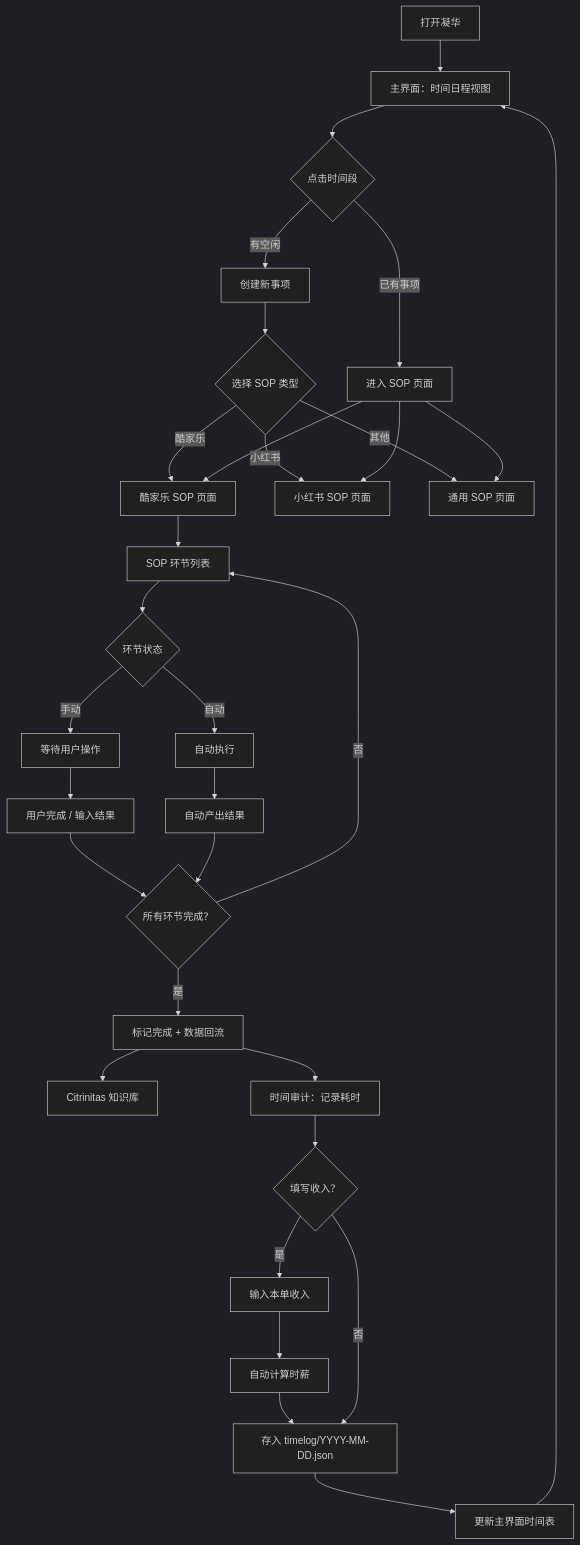
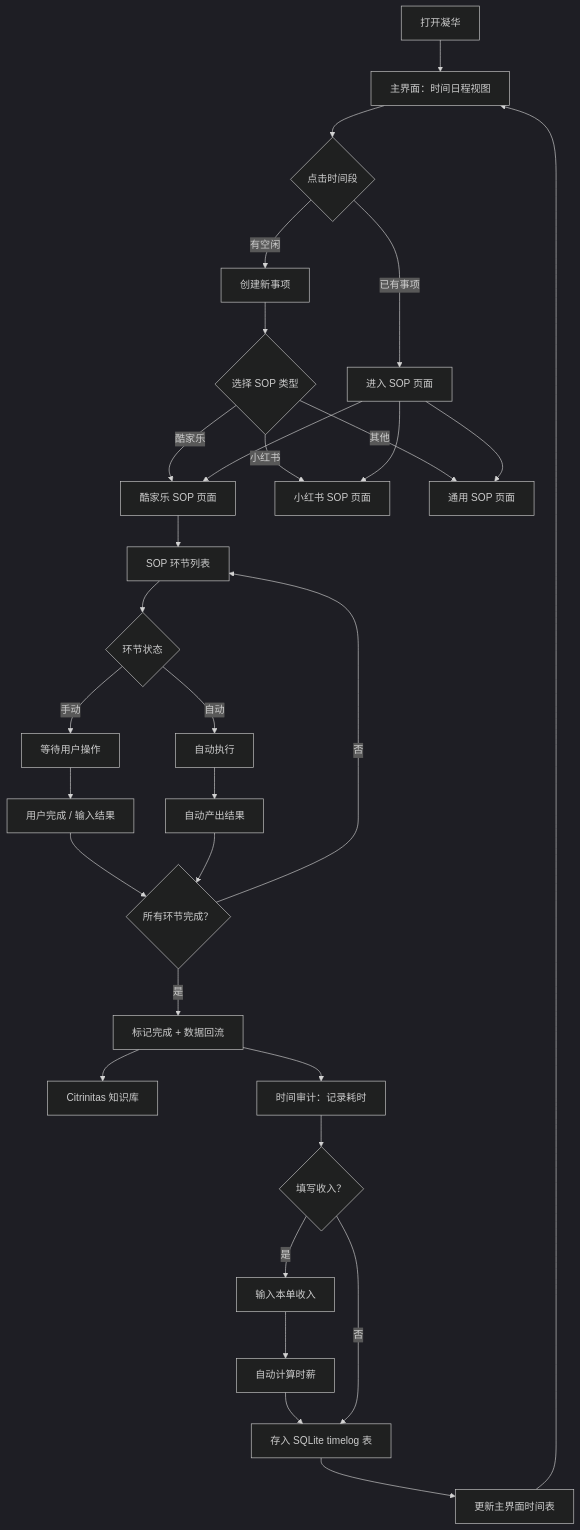
One commit to shiyao222333-afk/rubedo changed the diagram in FLOWCHART.md. Above: the diagram before and after it, drawn with Mermaid (dark theme). The commit also changed other lines of this file and 6 other files, not shown here.

Commit message:
chore(foundation): v0.4 地基封顶——最终审查+ADR-001+蓝图/流程图对齐+修kind契约bug+清死导入

````diff
--- a/FLOWCHART.md
+++ b/FLOWCHART.md
@@ -9,34 +9,34 @@
 ```mermaid
 flowchart TD
     A[打开凝华] --> B[主界面：时间日程视图]
     B --> C{点击时间段}
     C -->|有空闲| D[创建新事项]
     C -->|已有事项| E[进入 SOP 页面]
     D --> F{选择 SOP 类型}
     F -->|酷家乐| G1[酷家乐 SOP 页面]
     F -->|小红书| G2[小红书 SOP 页面]
     F -->|其他| G3[通用 SOP 页面]
     E --> G1
     E --> G2
     E --> G3
     
     G1 --> H[SOP 环节列表]
     H --> I{环节状态}
     I -->|手动| J[等待用户操作]
     I -->|自动| K[自动执行]
     J --> L[用户完成 / 输入结果]
     K --> M[自动产出结果]
     L --> N{所有环节完成？}
     M --> N
     N -->|否| H
     N -->|是| O[标记完成 + 数据回流]
     O --> P[Citrinitas 知识库]
     O --> TA[时间审计：记录耗时]
     TA --> TB{填写收入？}
     TB -->|是| TC[输入本单收入]
     TC --> TD[自动计算时薪]
-    TD --> TE[存入 timelog/YYYY-MM-DD.json]
+    TD --> TE[存入 SQLite timelog 表]
     TB -->|否| TE
     TE --> Q[更新主界面时间表]
     Q --> B
 ```
````
